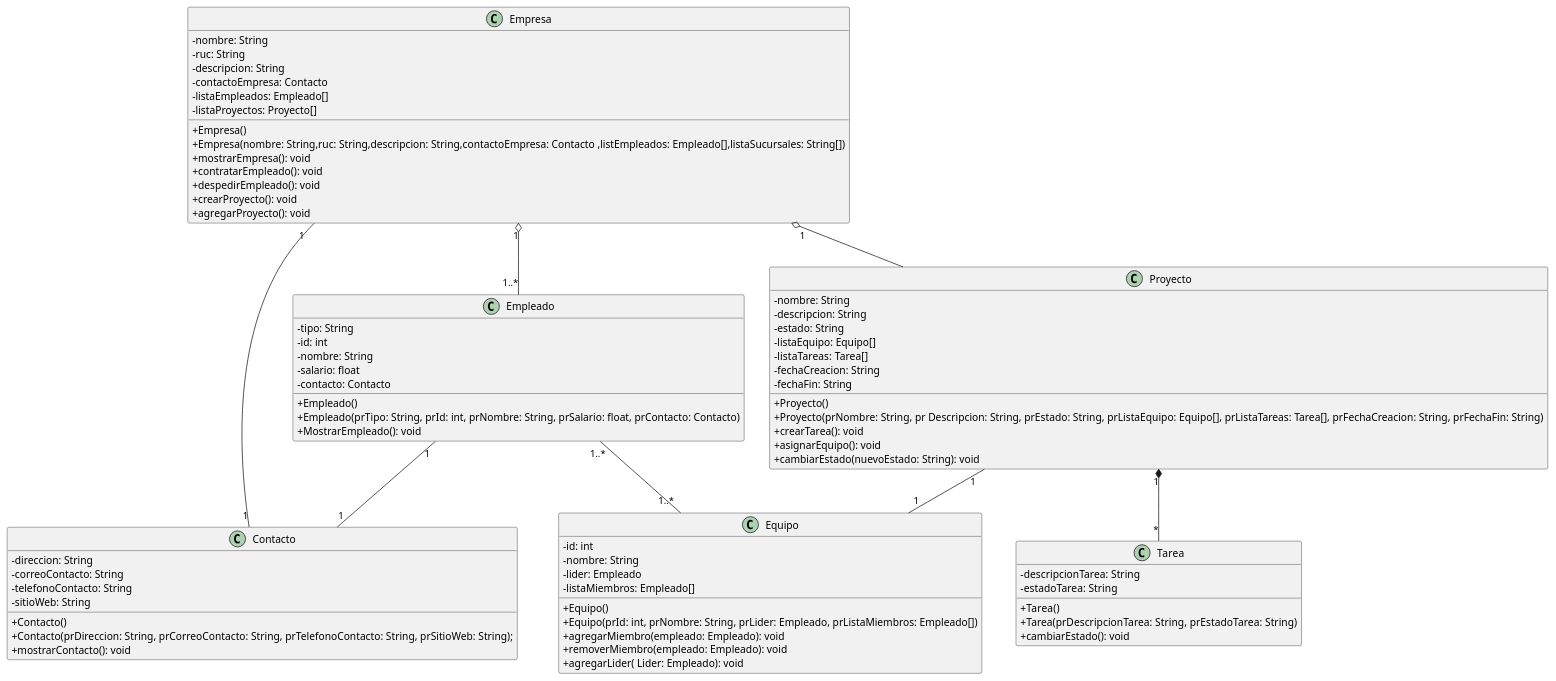
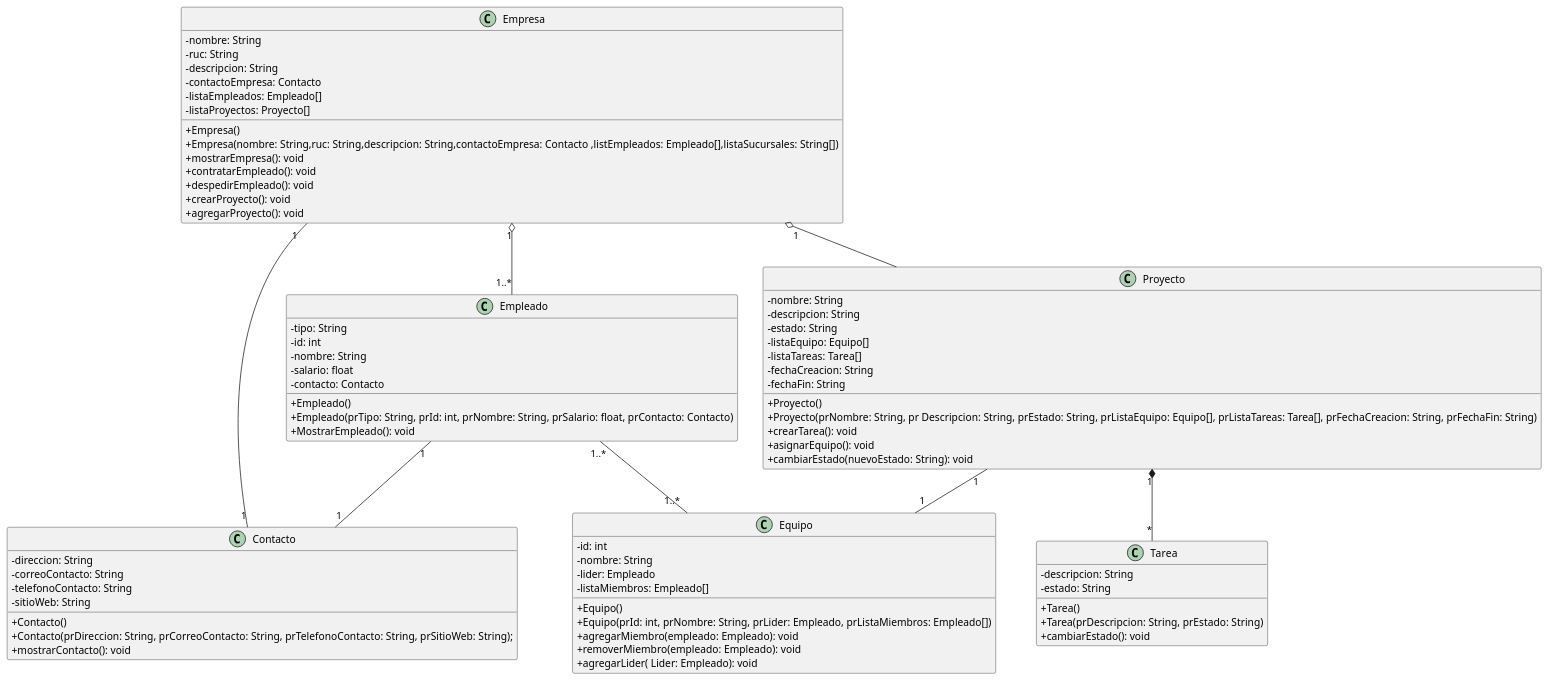
The diagram in diagramaClass.puml (royfrankly/empresaurios), drawn with PlantUML before and after one commit.

Commit message:
modified class tarea

```diff
--- a/diagramaClass.puml
+++ b/diagramaClass.puml
@@ -1,88 +1,86 @@
 @startuml
 skinparam ClassAttributeIconSize 0
 class Empresa {
     -nombre: String
     -ruc: String
     -descripcion: String
     -contactoEmpresa: Contacto
     -listaEmpleados: Empleado[]
     -listaProyectos: Proyecto[]
 
     +Empresa()
     +Empresa(nombre: String,ruc: String,descripcion: String,contactoEmpresa: Contacto ,listEmpleados: Empleado[],listaSucursales: String[])
     +mostrarEmpresa(): void
     +contratarEmpleado(): void
     +despedirEmpleado(): void
     +crearProyecto(): void
     +agregarProyecto(): void 
     
 }
 
 class Empleado {
     -tipo: String
     -id: int
     -nombre: String
     -salario: float
     -contacto: Contacto
 
 
     +Empleado()
     +Empleado(prTipo: String, prId: int, prNombre: String, prSalario: float, prContacto: Contacto)
     +MostrarEmpleado(): void
 }
 class Contacto{
     -direccion: String
     -correoContacto: String
     -telefonoContacto: String
     -sitioWeb: String
     
     +Contacto()
     +Contacto(prDireccion: String, prCorreoContacto: String, prTelefonoContacto: String, prSitioWeb: String);
     +mostrarContacto(): void
 }  
 
 class Proyecto {
     -nombre: String
     -descripcion: String
     -estado: String
     -listaEquipo: Equipo[]
     -listaTareas: Tarea[]
     -fechaCreacion: String
     -fechaFin: String
 
     +Proyecto()
     +Proyecto(prNombre: String, pr Descripcion: String, prEstado: String, prListaEquipo: Equipo[], prListaTareas: Tarea[], prFechaCreacion: String, prFechaFin: String)
     +crearTarea(): void
     +asignarEquipo(): void
     +cambiarEstado(nuevoEstado: String): void
 }
 
 class Equipo {
     -id: int
     -nombre: String
     -lider: Empleado
     -listaMiembros: Empleado[]
 
     +Equipo()
     +Equipo(prId: int, prNombre: String, prLider: Empleado, prListaMiembros: Empleado[])
     +agregarMiembro(empleado: Empleado): void
     +removerMiembro(empleado: Empleado): void
     +agregarLider( Lider: Empleado): void
 }
 Class Tarea {
-    -descripcionTarea: String
-    -estadoTarea: String
-
+    -descripcion: String
+    -estado: String
     +Tarea()
-    +Tarea(prDescripcionTarea: String, prEstadoTarea: String)
+    +Tarea(prDescripcion: String, prEstado: String)
     +cambiarEstado(): void
-
 }
 Empresa "1"-- "1" Contacto
 Empleado "1"--"1" Contacto
 Empresa "1" o--"1..*"Empleado 
 Empleado "1..*"--"1..*" Equipo
 Proyecto "1" --"1" Equipo
 Proyecto "1"*--"*" Tarea
 Empresa "1" o-- Proyecto
 @enduml
```
